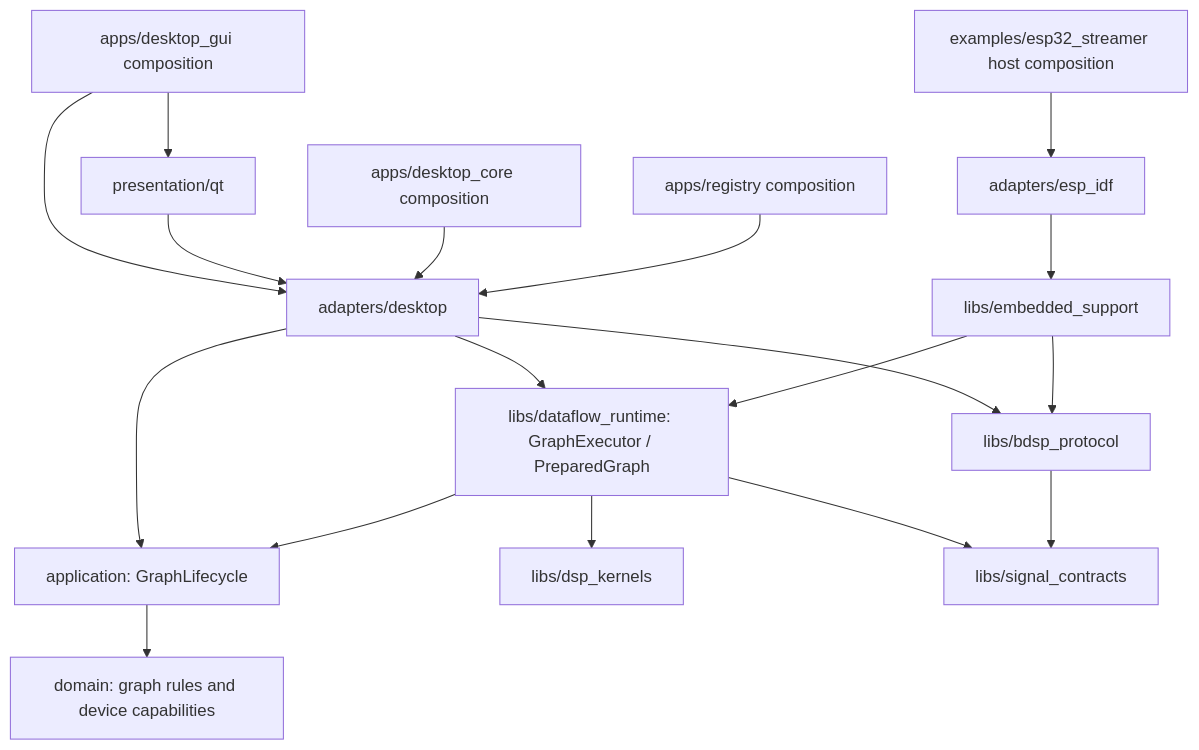
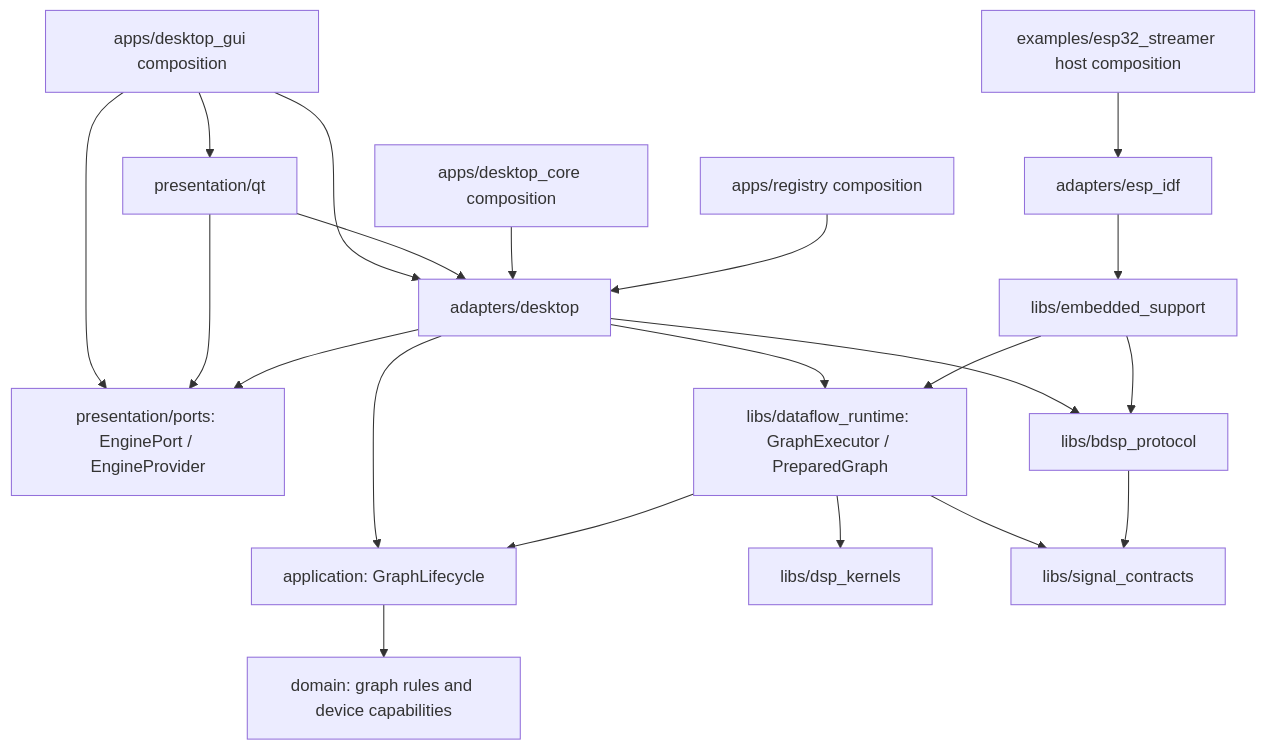
Before and after one commit to KobaProduction/Barelief: the diagram in docs/architecture-map.md, drawn with Mermaid. The commit also changed other lines of this file and 34 other files, not shown here.

Commit message:
refactor: inject Qt engine input ports from desktop composition

````diff
--- a/docs/architecture-map.md
+++ b/docs/architecture-map.md
@@ -8,20 +8,23 @@
 ```mermaid
 flowchart TD
     GUI[apps/desktop_gui composition] --> UI[presentation/qt]
     GUI --> Desktop[adapters/desktop]
+    GUI --> Ports[presentation/ports: EnginePort / EngineProvider]
+    UI --> Ports
+    Desktop --> Ports
     UI --> Desktop
     CLI[apps/desktop_core composition] --> Desktop
     Registry[apps/registry composition] --> Desktop
     ESP[examples/esp32_streamer host composition] --> IDF[adapters/esp_idf]
     IDF --> Embedded[libs/embedded_support]
     Desktop --> Application[application: GraphLifecycle]
     Application --> Domain[domain: graph rules and device capabilities]
     Desktop --> Runtime[libs/dataflow_runtime: GraphExecutor / PreparedGraph]
     Embedded --> Runtime
     Runtime --> Application
     Runtime --> DSP[libs/dsp_kernels]
     Runtime --> Signals[libs/signal_contracts]
     Desktop --> Protocol[libs/bdsp_protocol]
     Embedded --> Protocol
     Protocol --> Signals
 ```
````
